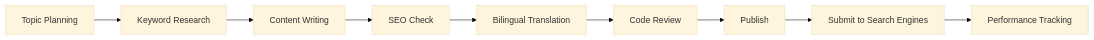
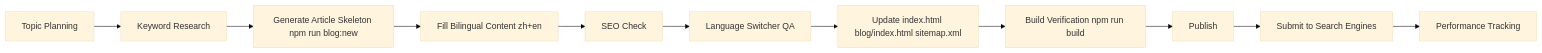
Before and after one commit to liqiujiong/m3u8converter: the diagram in BLOG_GUIDELINES.md, drawn with Mermaid (base theme). The commit also changed other lines of this file and 9 other files, not shown here.

Commit message:
seo audit: update blog strategy and canonical indexation fixes

````diff
--- a/BLOG_GUIDELINES.md
+++ b/BLOG_GUIDELINES.md
@@ -219,11 +306,13 @@
 ```mermaid
 graph LR
     A[Topic Planning] --> B[Keyword Research]
-    B --> C[Content Writing]
-    C --> D[SEO Check]
-    D --> E[Bilingual Translation]
-    E --> F[Code Review]
-    F --> G[Publish]
-    G --> H[Submit to Search Engines]
-    H --> I[Performance Tracking]
+    B --> C[Generate Article Skeleton npm run blog:new]
+    C --> D[Fill Bilingual Content zh+en]
+    D --> E[SEO Check]
+    E --> F[Language Switcher QA]
+    F --> G[Update index.html blog/index.html sitemap.xml]
+    G --> H[Build Verification npm run build]
+    H --> I[Publish]
+    I --> J[Submit to Search Engines]
+    J --> K[Performance Tracking]
 ```
````
